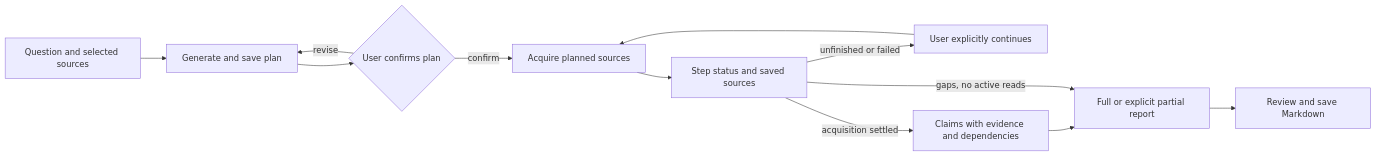
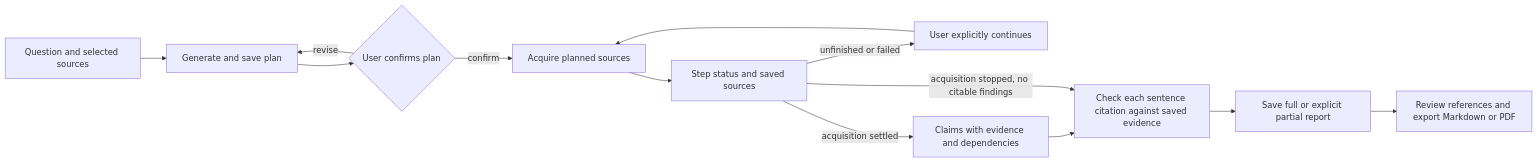
One commit to ChaoDiDiaoAA/Flowmate changed the first of 2 diagrams in docs/public/workflows.md. Above: the diagram before and after it, drawn with Mermaid. The commit also changed other lines of this file and 46 other files, not shown here.

Commit message:
feat(research): add sentence references and PDF export

````diff
--- a/docs/public/workflows.md
+++ b/docs/public/workflows.md
@@ -21,14 +21,15 @@
 ```mermaid
 flowchart LR
   Input[Question and selected sources] --> Plan[Generate and save plan]
   Plan --> Confirm{User confirms plan}
   Confirm -->|revise| Plan
   Confirm -->|confirm| Read[Acquire planned sources]
   Read --> Evidence[Step status and saved sources]
   Evidence -->|unfinished or failed| Continue[User explicitly continues]
   Continue --> Read
   Evidence -->|acquisition settled| Claims[Claims with evidence and dependencies]
-  Claims --> Report[Full or explicit partial report]
-  Evidence -->|gaps, no active reads| Report
-  Report --> Review[Review and save Markdown]
+  Claims --> Check[Check each sentence citation against saved evidence]
+  Evidence -->|acquisition stopped, no citable findings| Check
+  Check --> Report[Save full or explicit partial report]
+  Report --> Review[Review references and export Markdown or PDF]
 ```
````
